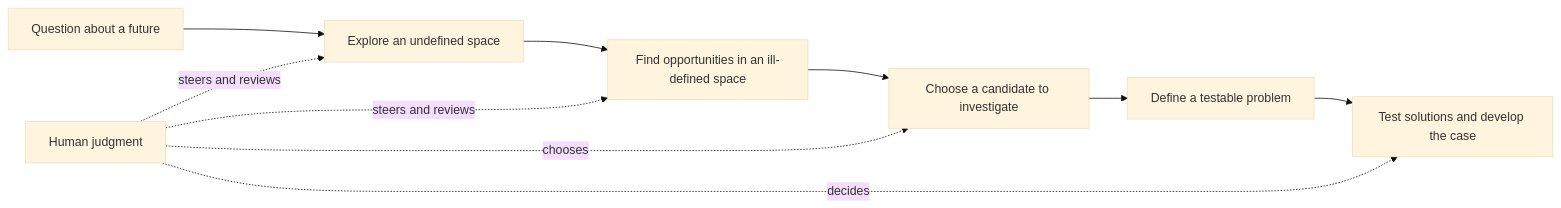
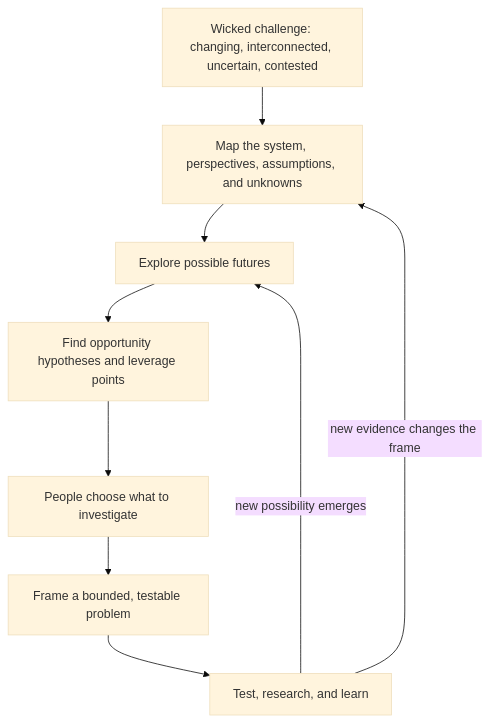
One commit to jsagir/mindrian-eureka changed the first of 2 diagrams in README.md. Above: the diagram before and after it, drawn with Mermaid (base theme). The commit also changed other lines of this file and 6 other files, not shown here.

Commit message:
Center wicked uncertainty in opportunity discovery

````diff
--- a/README.md
+++ b/README.md
@@ -27,12 +28,11 @@
 ```mermaid
-flowchart LR
-  Q[Question about a future] --> U[Explore an undefined space]
-  U --> I[Find opportunities in an ill-defined space]
-  I --> C[Choose a candidate to investigate]
-  C --> W[Define a testable problem]
-  W --> S[Test solutions and develop the case]
-  H[Human judgment] -. steers and reviews .-> U
-  H -. steers and reviews .-> I
-  H -. chooses .-> C
-  H -. decides .-> S
+flowchart TD
+  WP[Wicked challenge: changing, interconnected, uncertain, contested] --> MAP[Map the system, perspectives, assumptions, and unknowns]
+  MAP --> FUT[Explore possible futures]
+  FUT --> OP[Find opportunity hypotheses and leverage points]
+  OP --> PICK[People choose what to investigate]
+  PICK --> TEST[Frame a bounded, testable problem]
+  TEST --> LEARN[Test, research, and learn]
+  LEARN -->|new evidence changes the frame| MAP
+  LEARN -->|new possibility emerges| FUT
 ```
````
